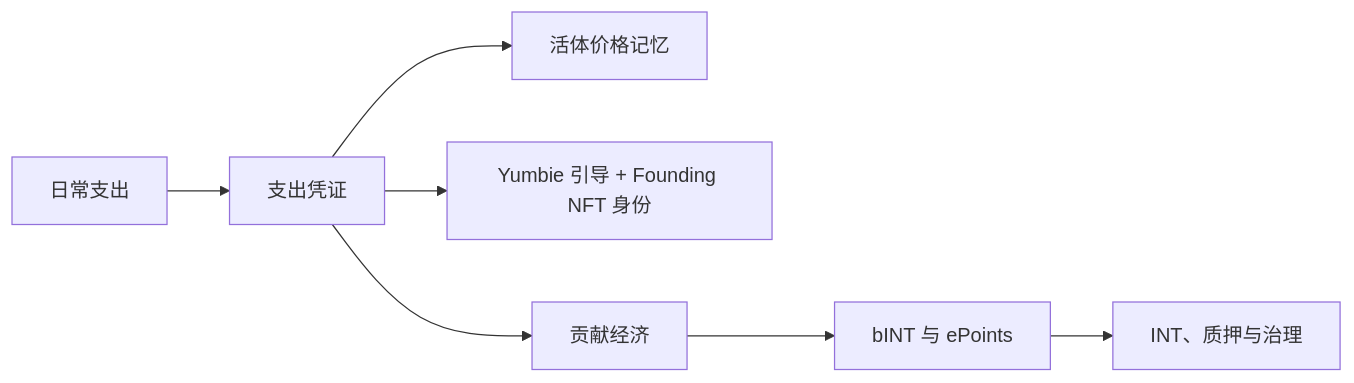
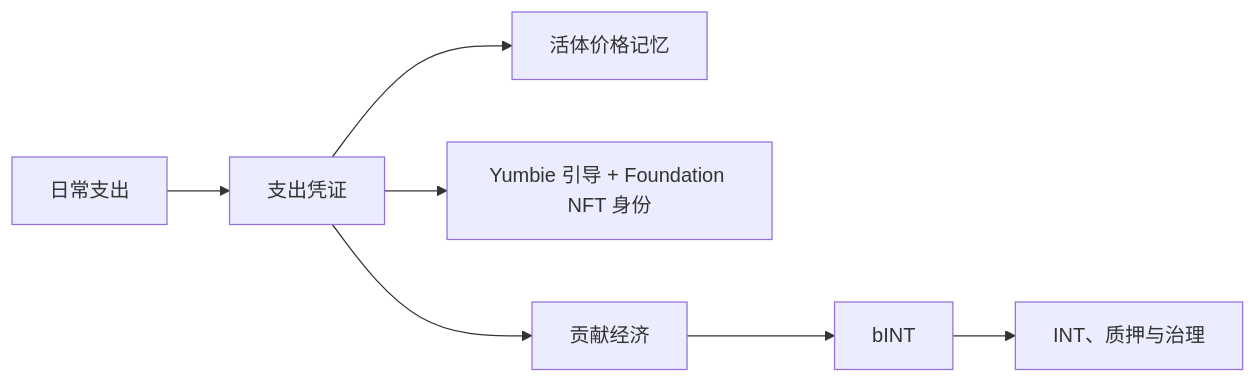
The diagram in content/whitepaper/zh/README.md (Yumo-Yumo-Inc/yumoyumohq), drawn with Mermaid before and after one commit. The commit also changed 1048 other files, not shown here.

````diff
--- a/content/whitepaper/zh/README.md
+++ b/content/whitepaper/zh/README.md
@@ -19,9 +19,9 @@
 ```mermaid
 flowchart LR
     A["日常支出"] --> B["支出凭证"]
     B --> C["活体价格记忆"]
-    B --> D["Yumbie 引导 + Founding NFT 身份"]
+    B --> D["Yumbie 引导 + Foundation NFT 身份"]
     B --> E["贡献经济"]
-    E --> F["bINT 与 ePoints"]
+    E --> F["bINT"]
     F --> G["INT、质押与治理"]
 ```
````
